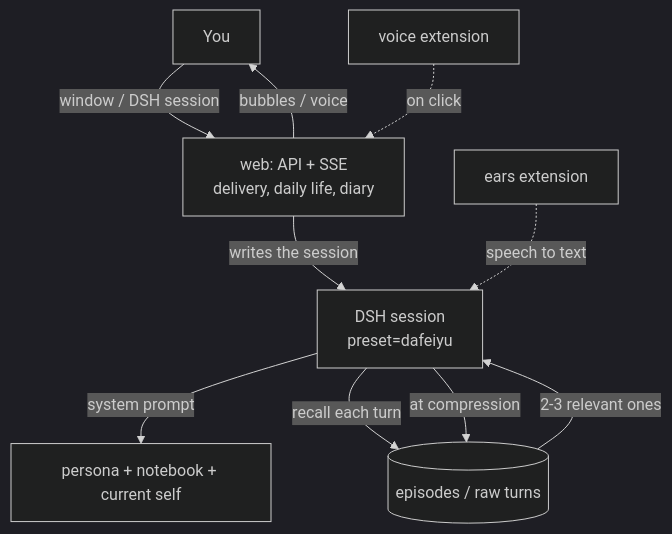
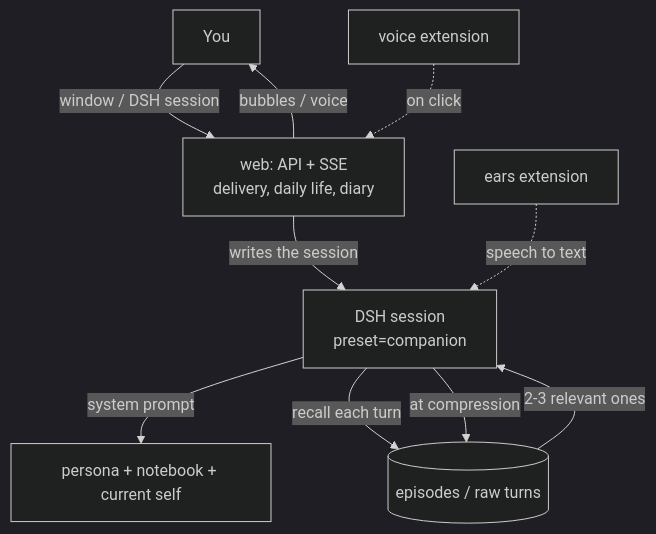
The diagram in README.md (YYYu00u/dsh-companion), drawn with Mermaid (dark theme) before and after one commit.

Commit message:
docs: drop the old project name from the architecture diagram

````diff
--- a/README.md
+++ b/README.md
@@ -68,12 +68,12 @@
 ```mermaid
 flowchart TB
   U[You] -->|window / DSH session| W[web: API + SSE<br/>delivery, daily life, diary]
-  W -->|writes the session| S[DSH session<br/>preset=dafeiyu]
+  W -->|writes the session| S[DSH session<br/>preset=companion]
   S -->|system prompt| P[persona + notebook + current self]
   S -->|recall each turn| M[(episodes / raw turns)]
   S -->|at compression| M
   M -->|2-3 relevant ones| S
   W -->|bubbles / voice| U
   V[voice extension] -.->|on click| W
   E[ears extension] -.->|speech to text| S
 ```
````
